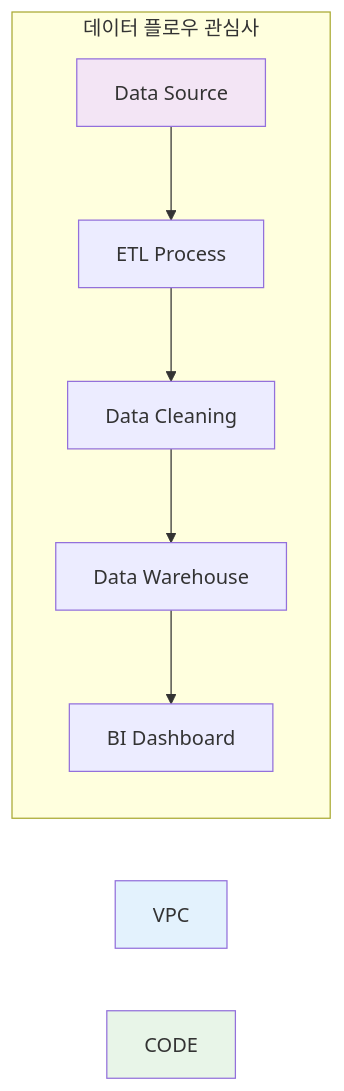
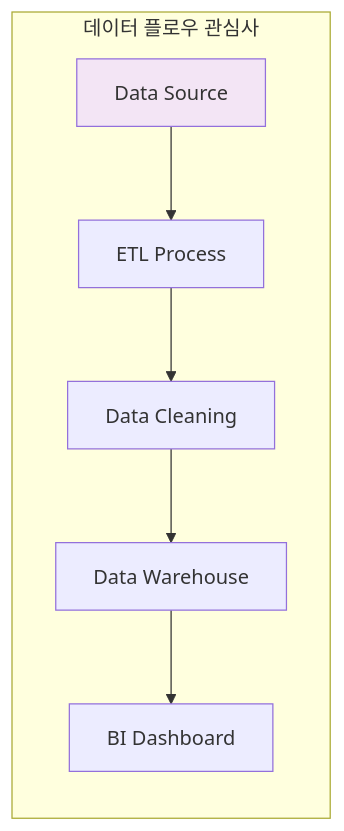
Before and after one commit to niceguy61/kdt_devops_lecture_2025: the fifth of 9 diagrams in theory/december/make_diagram/lecture/02_complexity_management.md, drawn with Mermaid. The commit also changed other lines of this file, not shown here.

````diff
--- a/theory/december/make_diagram/lecture/02_complexity_management.md
+++ b/theory/december/make_diagram/lecture/02_complexity_management.md
@@ -144,12 +142,10 @@
 ```mermaid
 graph LR
     subgraph "데이터 플로우 관심사"
         SRC[Data Source] --> ETL[ETL Process]
         ETL --> CLEAN[Data Cleaning]
         CLEAN --> STORE[Data Warehouse]
         STORE --> BI[BI Dashboard]
     end
-    style VPC fill:#e3f2fd
     style SRC fill:#f3e5f5
-    style CODE fill:#e8f5e8
 ```
````
